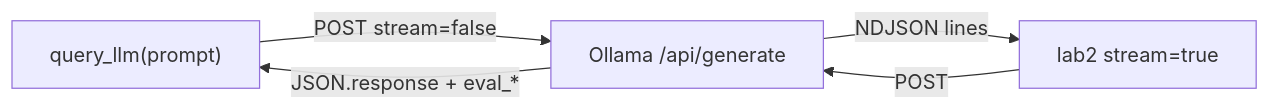
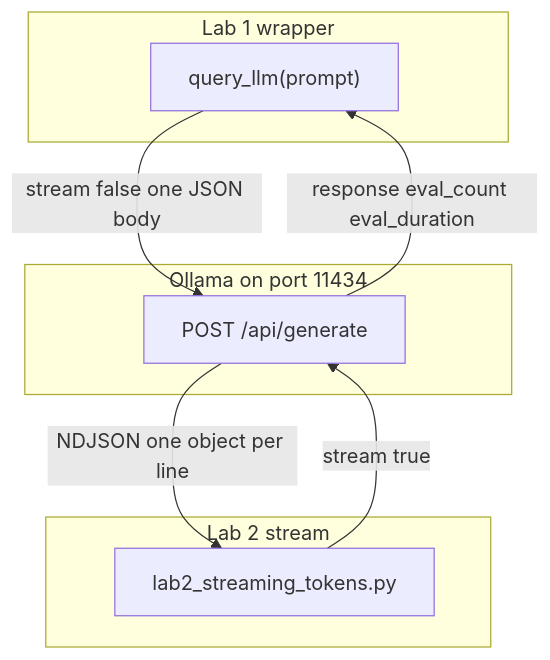
The diagram in education/01_the_call/00_the_wrapper_and_the_stream.md (jacobbweber/AgenticAI-Labs), drawn with Mermaid before and after one commit. The commit also changed other lines of this file, not shown here.

````diff
--- a/education/01_the_call/00_the_wrapper_and_the_stream.md
+++ b/education/01_the_call/00_the_wrapper_and_the_stream.md
@@ -31,7 +39,16 @@
 ```mermaid
-flowchart LR
-    A["query_llm(prompt)"] -->|"POST stream=false"| B["Ollama /api/generate"]
-    B -->|"JSON.response + eval_*"| A
-    C["lab2 stream=true"] -->|"POST"| B
-    B -->|"NDJSON lines"| C
+flowchart TD
+    subgraph lab1_wrap [Lab 1 wrapper]
+        Q["query_llm(prompt)"]
+    end
+    subgraph lab2_stream [Lab 2 stream]
+        ST["lab2_streaming_tokens.py"]
+    end
+    subgraph ollama_port [Ollama on port 11434]
+        GEN["POST /api/generate"]
+    end
+    Q -->|"stream false one JSON body"| GEN
+    GEN -->|"response eval_count eval_duration"| Q
+    ST -->|"stream true"| GEN
+    GEN -->|"NDJSON one object per line"| ST
 ```
````
